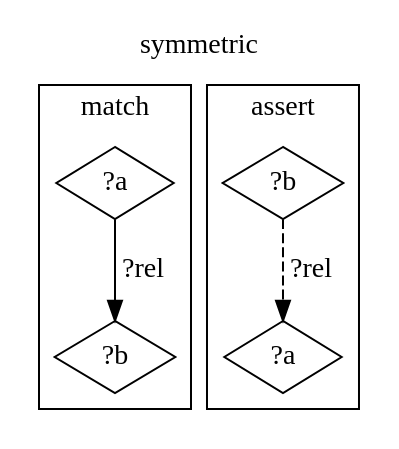
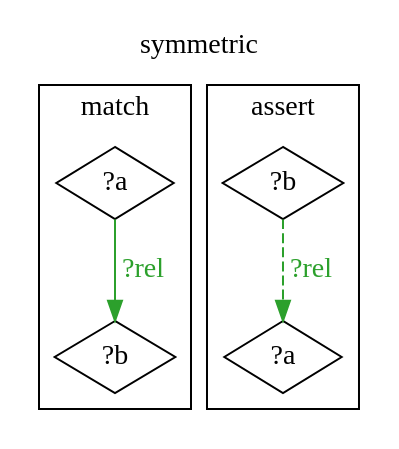
The third of 5 diagrams in docs/ein/user/04-reference/12-rendering.md (agutikov/ein), drawn with Graphviz before and after one commit. The commit also changed other lines of this file and 17 other files, not shown here.

````diff
--- a/docs/ein/user/04-reference/12-rendering.md
+++ b/docs/ein/user/04-reference/12-rendering.md
@@ -77,16 +118,16 @@
 ```dot
 digraph rule_symmetric_lhs_rhs {
   rankdir=TB;
   label="symmetric"; labelloc=t;
   subgraph cluster_lhs { label="match";
     "?a_L" [label="?a", shape=diamond];
     "?b_L" [label="?b", shape=diamond];
-    "?a_L" -> "?b_L" [label="?rel"];
+    "?a_L" -> "?b_L" [label="?rel", color="#2ca02c", fontcolor="#2ca02c"];
   }
   subgraph cluster_rhs { label="assert";
     "?b_R" [label="?b", shape=diamond];
     "?a_R" [label="?a", shape=diamond];
-    "?b_R" -> "?a_R" [label="?rel", style=dashed];
+    "?b_R" -> "?a_R" [label="?rel", color="#2ca02c", fontcolor="#2ca02c", style=dashed];
   }
 }
 ```
````
